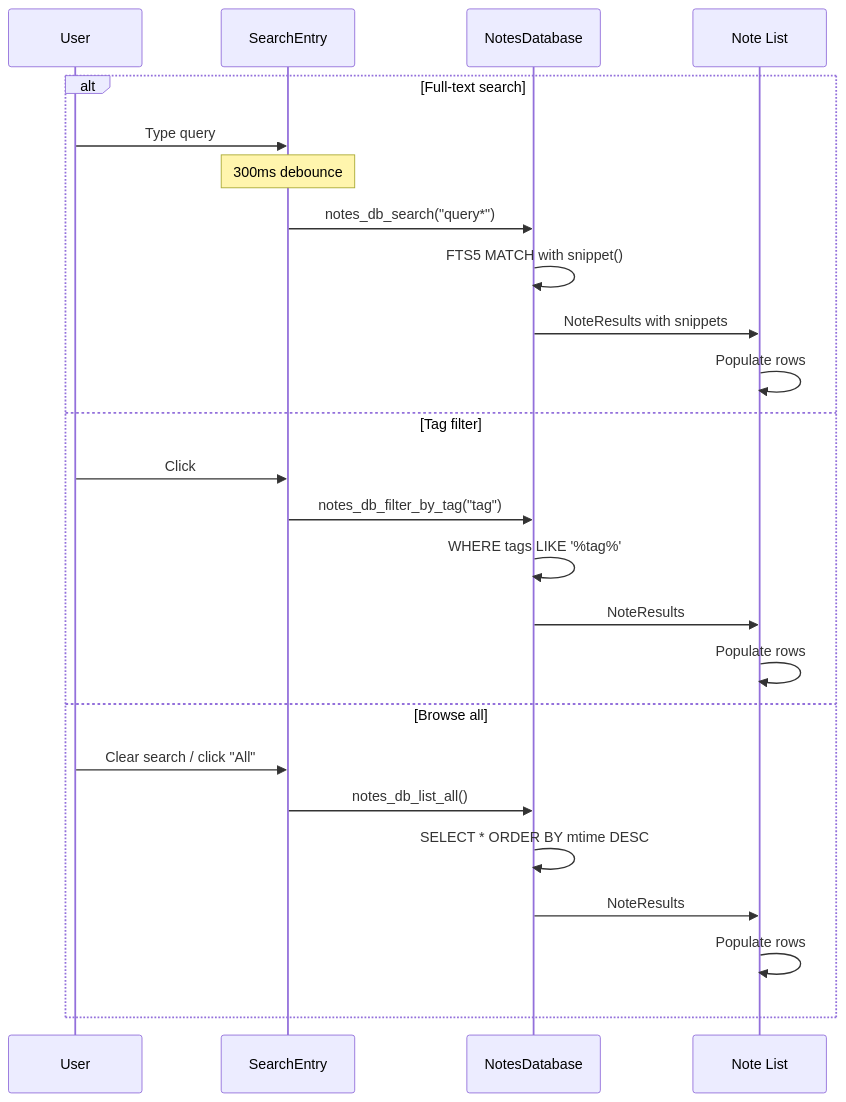
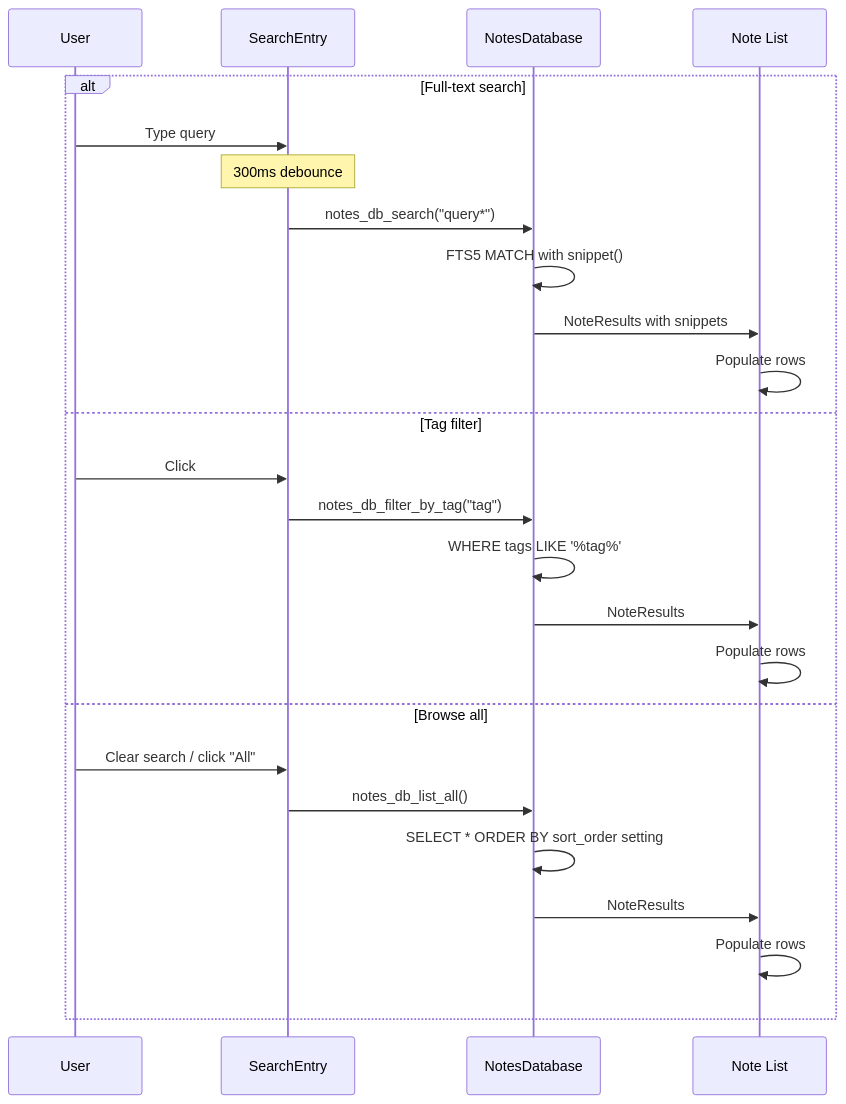
Before and after one commit to dkrse/notes-desktop: the fifth of 7 diagrams in docs/diagrams.md, drawn with Mermaid. The commit also changed other lines of this file and 13 other files, not shown here.

````diff
--- a/docs/diagrams.md
+++ b/docs/diagrams.md
@@ -184,28 +182,28 @@
 ```mermaid
 sequenceDiagram
     participant U as User
     participant SE as SearchEntry
     participant DB as NotesDatabase
     participant LB as Note List
 
     alt Full-text search
         U->>SE: Type query
         Note over SE: 300ms debounce
         SE->>DB: notes_db_search("query*")
         DB->>DB: FTS5 MATCH with snippet()
         DB->>LB: NoteResults with snippets
         LB->>LB: Populate rows
     else Tag filter
         U->>SE: Click #tag chip
         SE->>DB: notes_db_filter_by_tag("tag")
         DB->>DB: WHERE tags LIKE '%tag%'
         DB->>LB: NoteResults
         LB->>LB: Populate rows
     else Browse all
         U->>SE: Clear search / click "All"
         SE->>DB: notes_db_list_all()
-        DB->>DB: SELECT * ORDER BY mtime DESC
+        DB->>DB: SELECT * ORDER BY sort_order setting
         DB->>LB: NoteResults
         LB->>LB: Populate rows
     end
 ```
````
